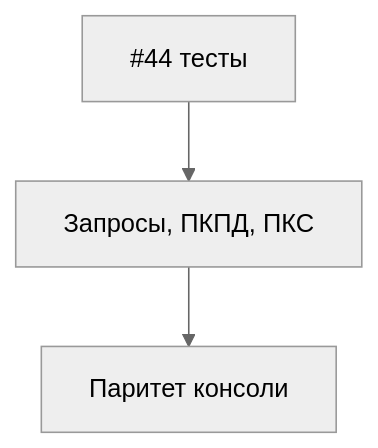
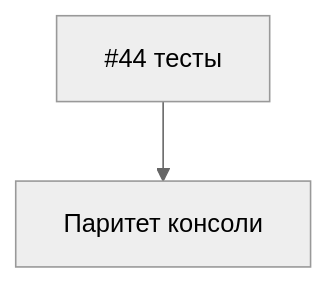
Before and after one commit to ViktorErmakov/Conversion-3-Plus: the diagram in docs/план-работ-issues.md, drawn with Mermaid (neutral theme). The commit also changed other lines of this file and 6 other files, not shown here.

````diff
--- a/docs/план-работ-issues.md
+++ b/docs/план-работ-issues.md
@@ -7,7 +7,6 @@
 ```mermaid
 flowchart TD
   tests["#44 тесты"]
-  forms["Запросы, ПКПД, ПКС"]
   parity[Паритет консоли]
-  tests --> forms --> parity
+  tests --> parity
 ```
````
